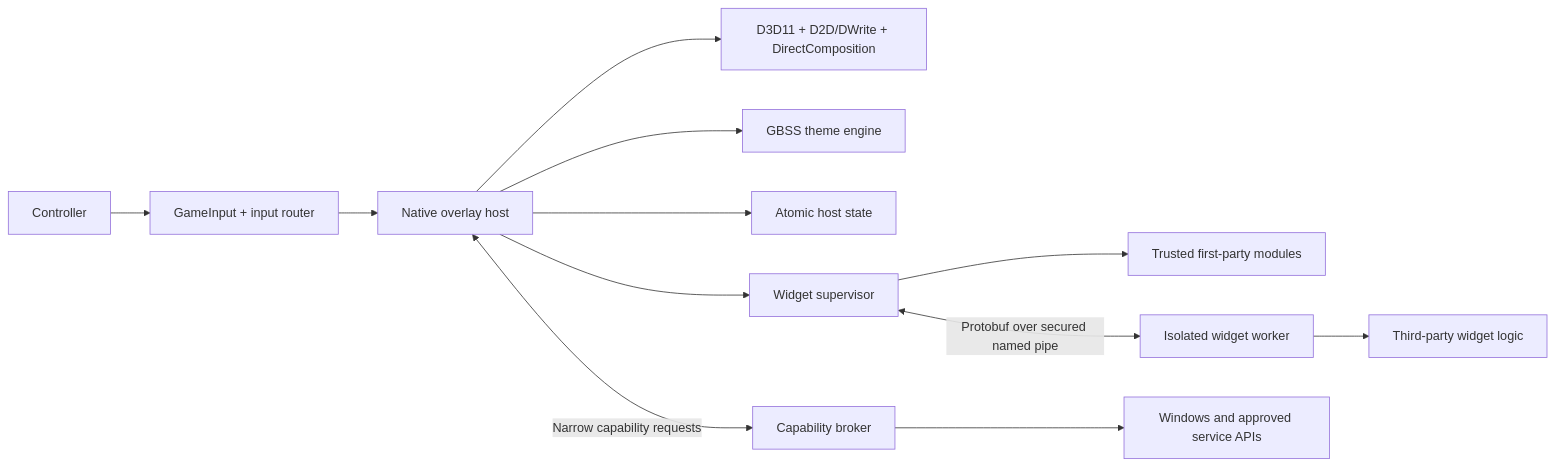
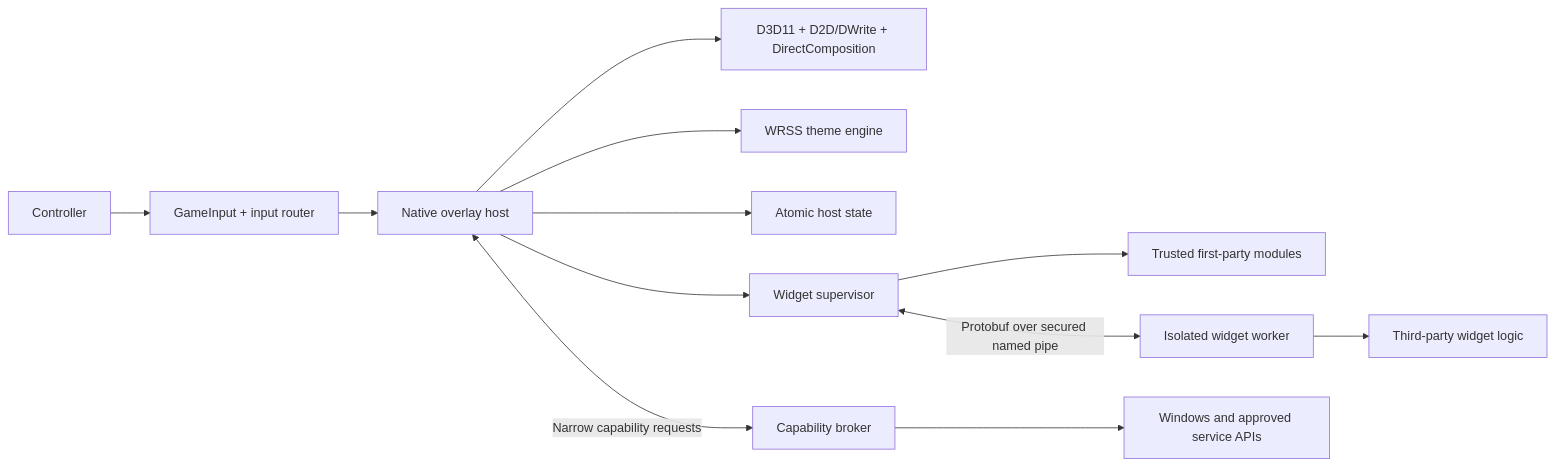
One commit to sandwi-dev/WidgetRail changed the diagram in docs/architecture-plan.md. Above: the diagram before and after it, drawn with Mermaid. The commit also changed 580 other files, not shown here.

````diff
--- a/docs/architecture-plan.md
+++ b/docs/architecture-plan.md
@@ -22,14 +22,14 @@
 ```mermaid
 flowchart LR
     Controller["Controller"] --> Input["GameInput + input router"]
     Input --> Host["Native overlay host"]
     Host --> Renderer["D3D11 + D2D/DWrite + DirectComposition"]
-    Host --> Theme["GBSS theme engine"]
+    Host --> Theme["WRSS theme engine"]
     Host --> State["Atomic host state"]
     Host --> Supervisor["Widget supervisor"]
     Supervisor --> Builtins["Trusted first-party modules"]
     Supervisor <-->|"Protobuf over secured named pipe"| Worker["Isolated widget worker"]
     Worker --> Plugin["Third-party widget logic"]
     Host <-->|"Narrow capability requests"| Broker["Capability broker"]
     Broker --> Windows["Windows and approved service APIs"]
 ```
````
